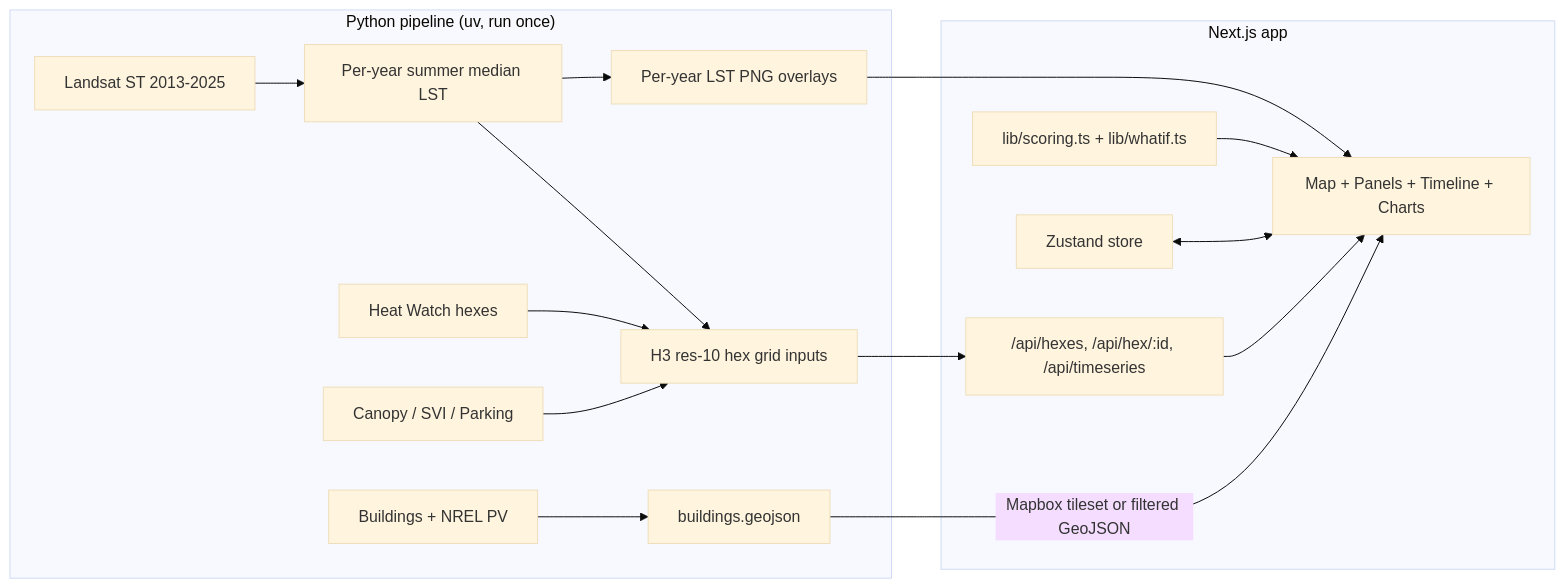
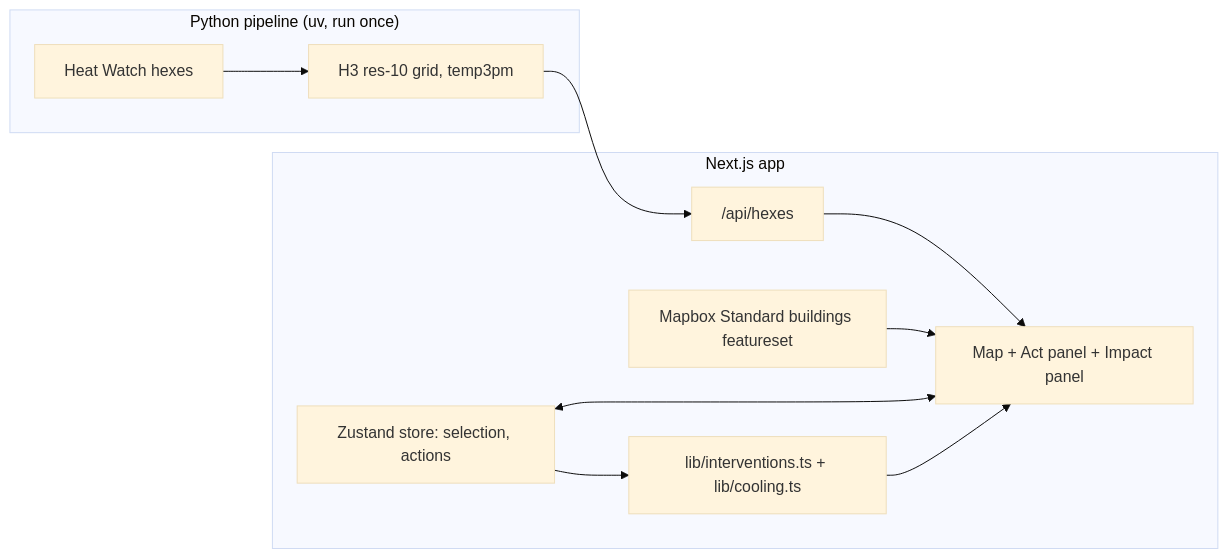
The diagram in PLAN.md (lvcasmadeit/coolboston), drawn with Mermaid (base theme) before and after one commit. The commit also changed other lines of this file, not shown here.

Commit message:
docs: rewrite PLAN.md for select-and-act direction

````diff
--- a/PLAN.md
+++ b/PLAN.md
@@ -51,23 +43,17 @@
 ```mermaid
 flowchart LR
   subgraph Offline["Python pipeline (uv, run once)"]
-    A[Landsat ST 2013-2025] --> P[Per-year summer median LST]
-    B[Heat Watch hexes] --> G
-    C[Canopy / SVI / Parking] --> G
-    D[Buildings + NREL PV] --> BLD[buildings.geojson]
-    P --> G[H3 res-10 hex grid inputs]
-    P --> R[Per-year LST PNG overlays]
+    B[Heat Watch hexes] --> G[H3 res-10 grid, temp3pm]
   end
   subgraph Next["Next.js app"]
-    API["/api/hexes, /api/hex/:id, /api/timeseries"]
-    S[lib/scoring.ts + lib/whatif.ts]
-    UI[Map + Panels + Timeline + Charts]
-    Z[Zustand store]
+    API["/api/hexes"]
+    MB[Mapbox Standard buildings featureset]
+    C[lib/interventions.ts + lib/cooling.ts]
+    UI[Map + Act panel + Impact panel]
+    Z[Zustand store: selection, actions]
   end
-  G --> API
-  R --> UI
-  BLD -->|Mapbox tileset or filtered GeoJSON| UI
-  API --> UI
-  S --> UI
+  G --> API --> UI
+  MB --> UI
   Z <--> UI
+  Z --> C --> UI
 ```
````
